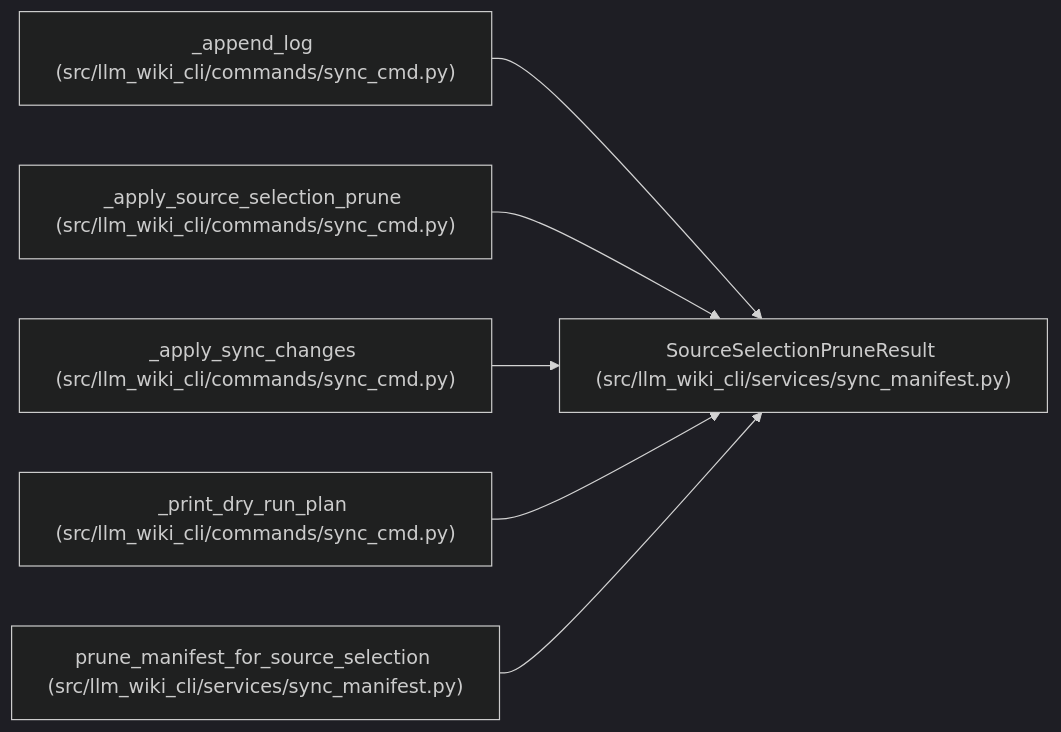
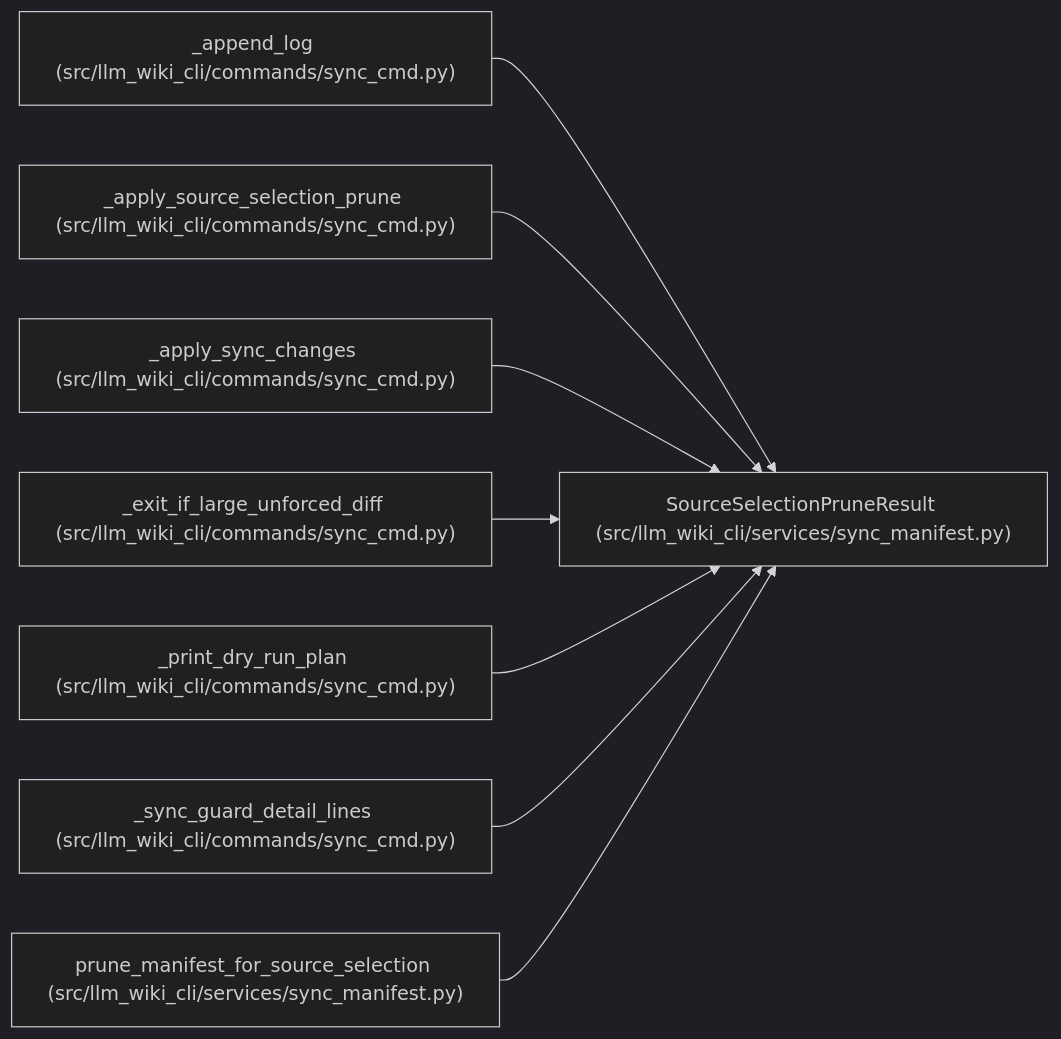
Before and after one commit to Denissvgn/python-wiki-llm: the diagram in docs/llm_wiki/entities/SourceSelectionPruneResult.md, drawn with Mermaid (dark theme). The commit also changed other lines of this file and 775 other files, not shown here.

````diff
--- a/docs/llm_wiki/entities/SourceSelectionPruneResult.md
+++ b/docs/llm_wiki/entities/SourceSelectionPruneResult.md
@@ -30,20 +30,26 @@
 ```mermaid
 flowchart LR
     n0["SourceSelectionPruneResult (src/llm_wiki_cli/services/sync_manifest.py)"]
     n1["_append_log (src/llm_wiki_cli/commands/sync_cmd.py)"]
     n2["_apply_source_selection_prune (src/llm_wiki_cli/commands/sync_cmd.py)"]
     n3["_apply_sync_changes (src/llm_wiki_cli/commands/sync_cmd.py)"]
-    n4["_print_dry_run_plan (src/llm_wiki_cli/commands/sync_cmd.py)"]
-    n5["prune_manifest_for_source_selection (src/llm_wiki_cli/services/sync_manifest.py)"]
+    n4["_exit_if_large_unforced_diff (src/llm_wiki_cli/commands/sync_cmd.py)"]
+    n5["_print_dry_run_plan (src/llm_wiki_cli/commands/sync_cmd.py)"]
+    n6["_sync_guard_detail_lines (src/llm_wiki_cli/commands/sync_cmd.py)"]
+    n7["prune_manifest_for_source_selection (src/llm_wiki_cli/services/sync_manifest.py)"]
     n1 --> n0
     n2 --> n0
     n3 --> n0
     n4 --> n0
     n5 --> n0
+    n6 --> n0
+    n7 --> n0
     click n0 "../modules/sync_manifest.md"
     click n1 "../modules/sync_cmd.md"
     click n2 "../modules/sync_cmd.md"
     click n3 "../modules/sync_cmd.md"
     click n4 "../modules/sync_cmd.md"
-    click n5 "../modules/sync_manifest.md"
+    click n5 "../modules/sync_cmd.md"
+    click n6 "../modules/sync_cmd.md"
+    click n7 "../modules/sync_manifest.md"
 ```
````
